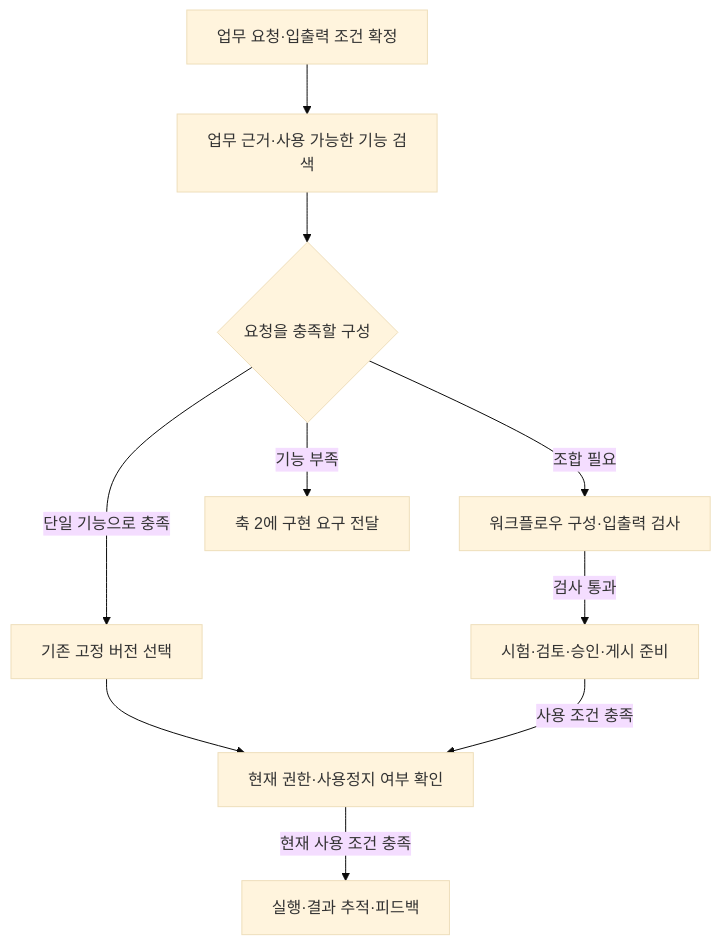
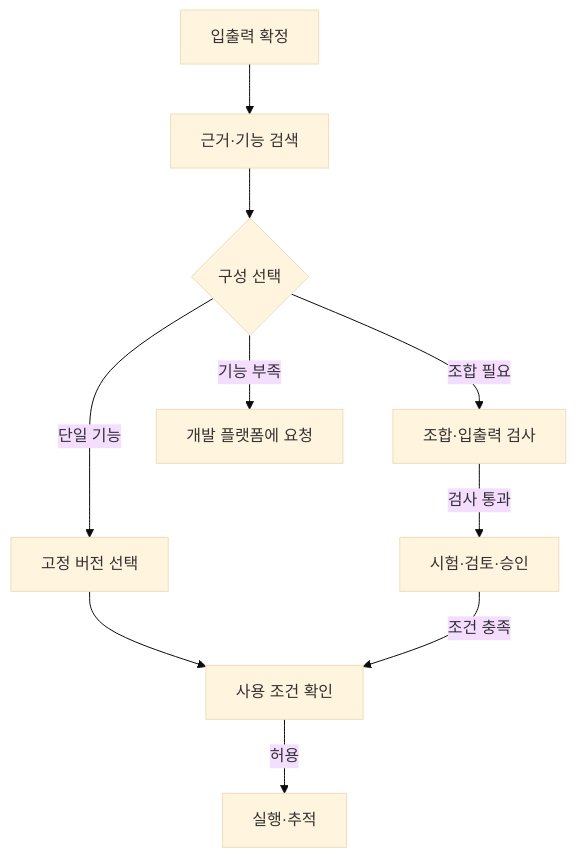
One commit to haandol/haandol.github.com changed the fifth of 9 diagrams in _posts/2026-11-05-enterprise-wide-ax-essentials.md. Above: the diagram before and after it, drawn with Mermaid (base theme). The commit also changed other lines of this file and 1 other file, not shown here.

````diff
--- a/_posts/2026-11-05-enterprise-wide-ax-essentials.md
+++ b/_posts/2026-11-05-enterprise-wide-ax-essentials.md
@@ -234,12 +234,12 @@
 ```mermaid
 flowchart TB
-  I["업무 요청·입출력 조건 확정"] --> S["업무 근거·사용 가능한 기능 검색"]
-  S --> D{"요청을 충족할 구성"}
-  D -->|"단일 기능으로 충족"| A["기존 고정 버전 선택"]
-  D -->|"조합 필요"| W["워크플로우 구성·입출력 검사"]
-  D -->|"기능 부족"| N["축 2에 구현 요구 전달"]
-  W -->|"검사 통과"| T["시험·검토·승인·게시 준비"]
-  A --> R["현재 권한·사용정지 여부 확인"]
-  T -->|"사용 조건 충족"| R
-  R -->|"현재 사용 조건 충족"| O["실행·결과 추적·피드백"]
+  I["입출력 확정"] --> S["근거·기능 검색"]
+  S --> D{"구성 선택"}
+  D -->|"단일 기능"| A["고정 버전 선택"]
+  D -->|"조합 필요"| W["조합·입출력 검사"]
+  D -->|"기능 부족"| N["개발 플랫폼에 요청"]
+  W -->|"검사 통과"| T["시험·검토·승인"]
+  A --> R["사용 조건 확인"]
+  T -->|"조건 충족"| R
+  R -->|"허용"| O["실행·추적"]
 ```
````
